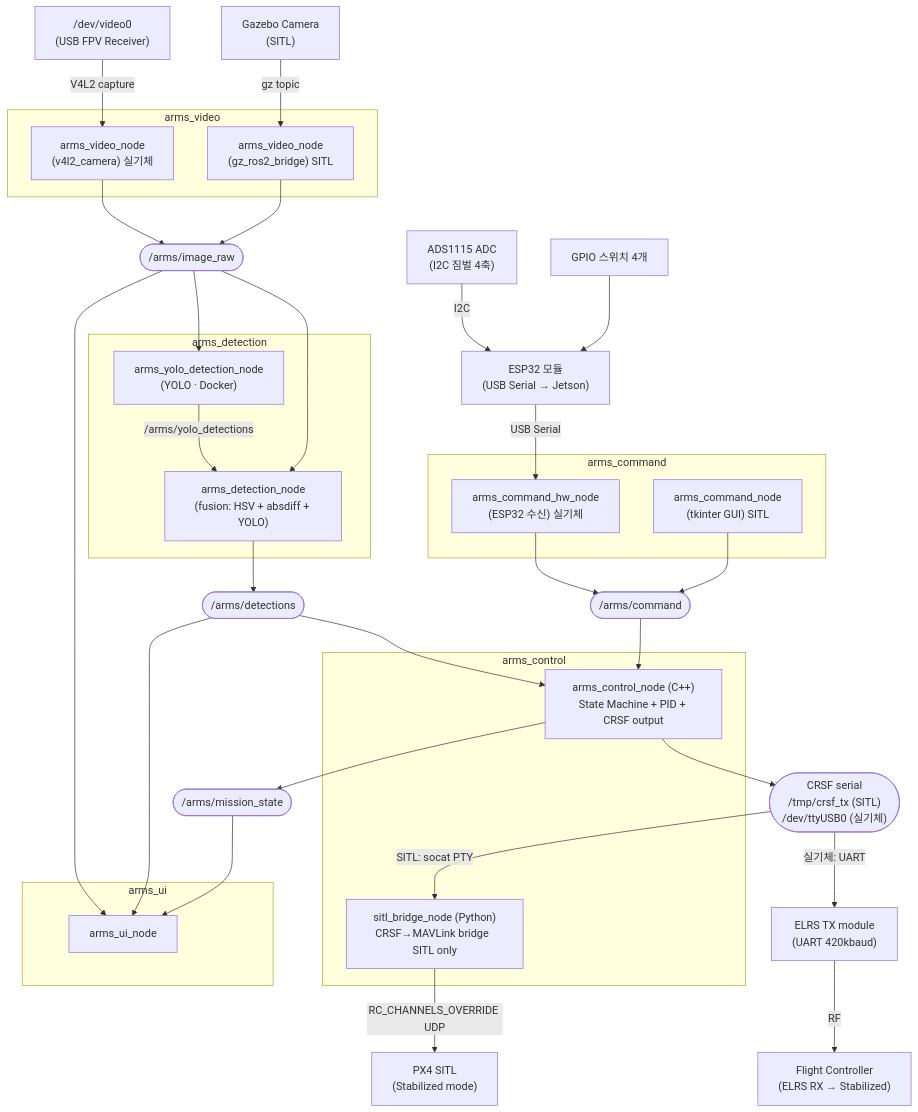
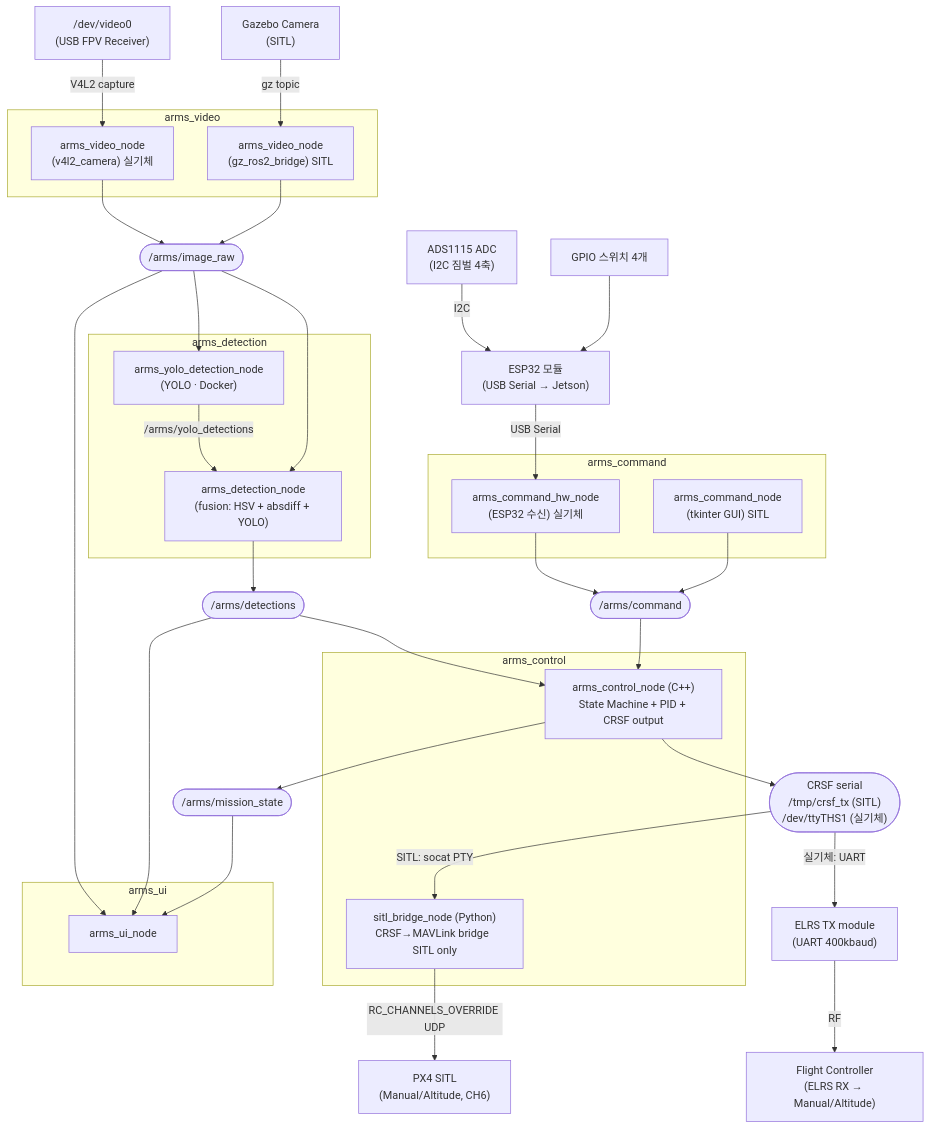
One commit to tokhun2002/A.R.M.S.-Anti-drone-Reusable-Modular-System- changed the first of 3 diagrams in SW/docs/DESIGN.md. Above: the diagram before and after it, drawn with Mermaid. The commit also changed other lines of this file and 11 other files, not shown here.

````diff
--- a/SW/docs/DESIGN.md
+++ b/SW/docs/DESIGN.md
@@ -64,69 +64,69 @@
 ```mermaid
 graph TD
     GAZEBO["Gazebo Camera<br/>(SITL)"]
     V4L2["/dev/video0<br/>(USB FPV Receiver)"]
 
     subgraph arms_video ["arms_video"]
         VN_REAL["arms_video_node<br/>(v4l2_camera) 실기체"]
         VN_SITL["arms_video_node<br/>(gz_ros2_bridge) SITL"]
     end
 
     IMAGE(["/arms/image_raw"])
 
     subgraph arms_detection ["arms_detection"]
         DN_YOLO["arms_yolo_detection_node<br/>(YOLO · Docker)"]
         DN_FUSION["arms_detection_node<br/>(fusion: HSV + absdiff + YOLO)"]
         DN_YOLO -->|/arms/yolo_detections| DN_FUSION
     end
 
     subgraph arms_command ["arms_command"]
         CMD_GUI["arms_command_node<br/>(tkinter GUI) SITL"]
         CMD_JOY["arms_command_hw_node<br/>(ESP32 수신) 실기체"]
     end
 
     ADS1115["ADS1115 ADC<br/>(I2C 짐벌 4축)"]
     SWGPIO["GPIO 스위치 4개"]
     ESP32["ESP32 모듈<br/>(USB Serial → Jetson)"]
     JOY(["/arms/command"])
 
     DETECTIONS(["/arms/detections"])
     MISSION_STATE(["/arms/mission_state"])
-    CRSF_SERIAL(["CRSF serial<br/>/tmp/crsf_tx (SITL)<br/>/dev/ttyUSB0 (실기체)"])
+    CRSF_SERIAL(["CRSF serial<br/>/tmp/crsf_tx (SITL)<br/>/dev/ttyTHS1 (실기체)"])
 
     subgraph arms_control ["arms_control"]
         CN["arms_control_node (C++)<br/>State Machine + PID + CRSF output"]
         BRIDGE["sitl_bridge_node (Python)<br/>CRSF→MAVLink bridge  SITL only"]
     end
 
     subgraph arms_ui ["arms_ui"]
         UN["arms_ui_node"]
     end
 
-    FC_SITL["PX4 SITL<br/>(Stabilized mode)"]
-    FC_HW["Flight Controller<br/>(ELRS RX → Stabilized)"]
-    ELRS_TX["ELRS TX module<br/>(UART 420kbaud)"]
+    FC_SITL["PX4 SITL<br/>(Manual/Altitude, CH6)"]
+    FC_HW["Flight Controller<br/>(ELRS RX → Manual/Altitude)"]
+    ELRS_TX["ELRS TX module<br/>(UART 400kbaud)"]
 
     V4L2 -->|V4L2 capture| VN_REAL
     GAZEBO -->|gz topic| VN_SITL
     ADS1115 -->|I2C| ESP32
     SWGPIO --> ESP32
     ESP32 -->|USB Serial| CMD_JOY
     CMD_JOY --> JOY
     CMD_GUI --> JOY
     VN_REAL --> IMAGE
     VN_SITL --> IMAGE
     IMAGE --> DN_YOLO
     IMAGE --> DN_FUSION
     IMAGE --> UN
     DN_FUSION --> DETECTIONS
     DETECTIONS --> CN
     DETECTIONS --> UN
     JOY --> CN
     CN --> MISSION_STATE
     CN --> CRSF_SERIAL
     MISSION_STATE --> UN
     CRSF_SERIAL -->|SITL: socat PTY| BRIDGE
     BRIDGE -->|RC_CHANNELS_OVERRIDE UDP| FC_SITL
     CRSF_SERIAL -->|실기체: UART| ELRS_TX
     ELRS_TX -->|RF| FC_HW
 ```
````
